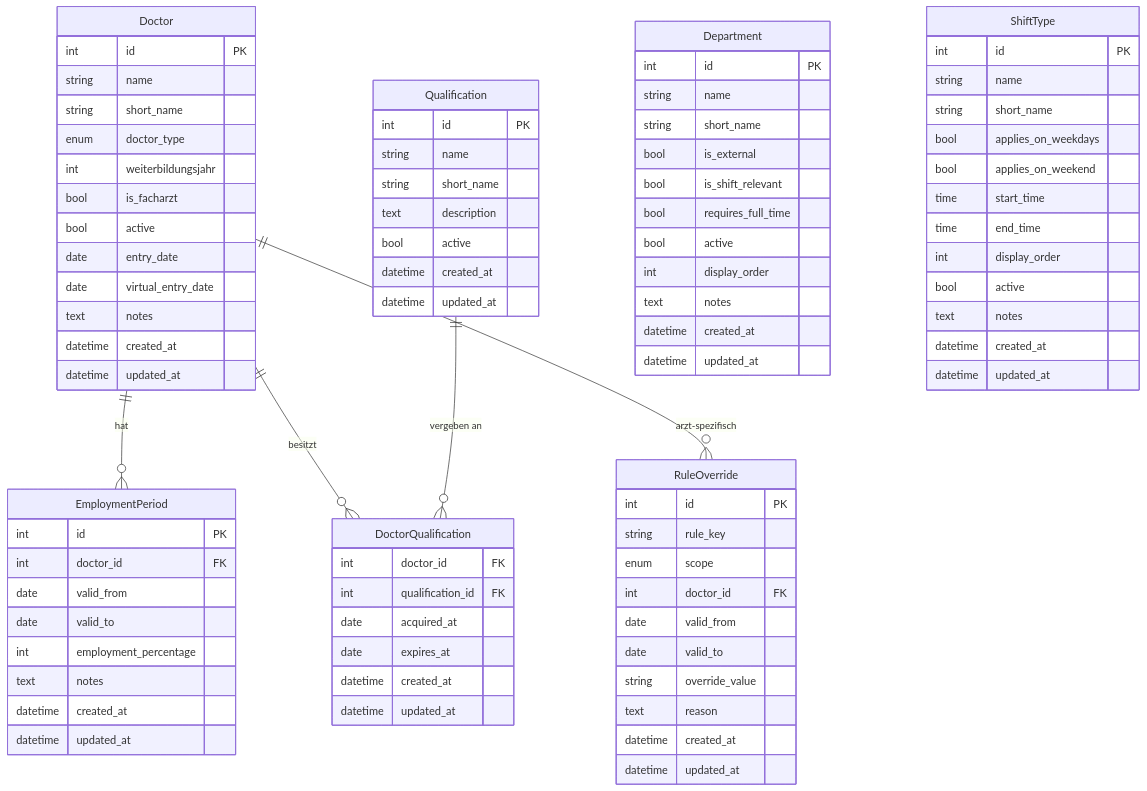
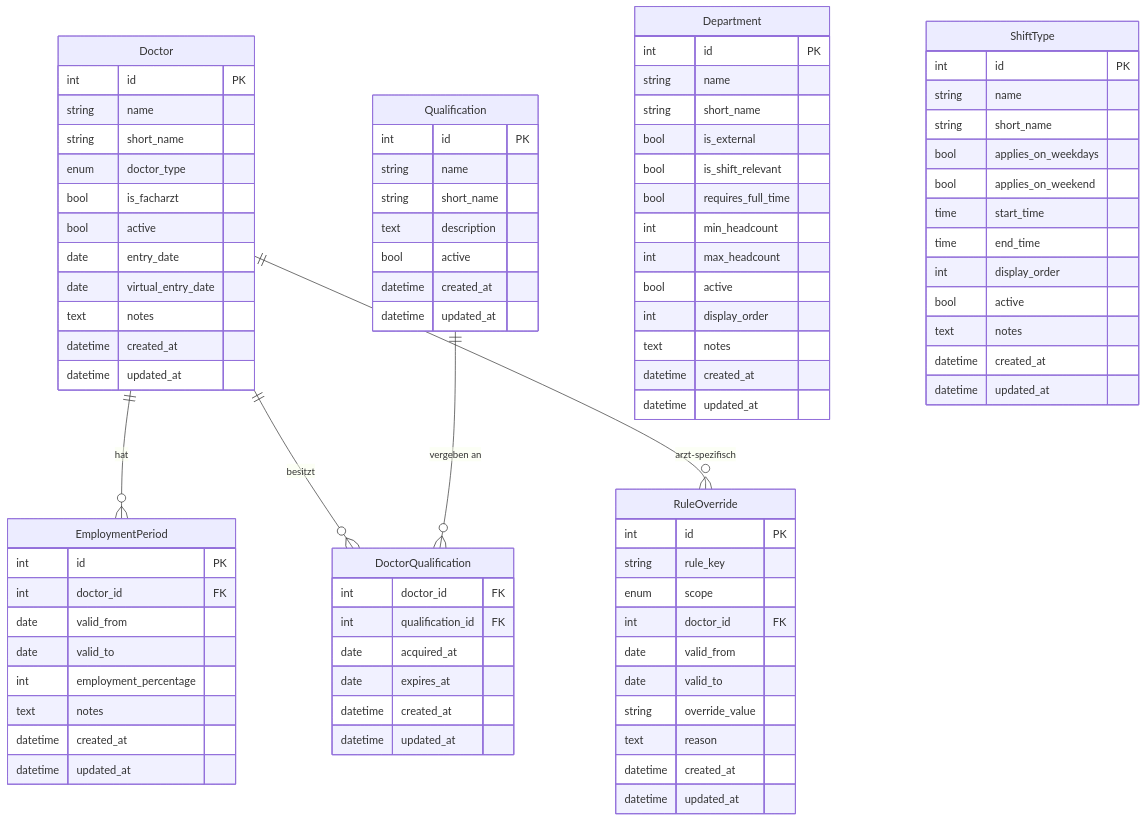
One commit to xaxas-dev/dienstplaner changed the diagram in docs/data-model.md. Above: the diagram before and after it, drawn with Mermaid. The commit also changed other lines of this file and 9 other files, not shown here.

```diff
--- a/docs/data-model.md
+++ b/docs/data-model.md
@@ -13,7 +13,6 @@
         string name
         string short_name
         enum doctor_type
-        int weiterbildungsjahr
         bool is_facharzt
         bool active
         date entry_date
@@ -60,6 +59,8 @@
         bool is_external
         bool is_shift_relevant
         bool requires_full_time
+        int min_headcount
+        int max_headcount
         bool active
         int display_order
         text notes
```
